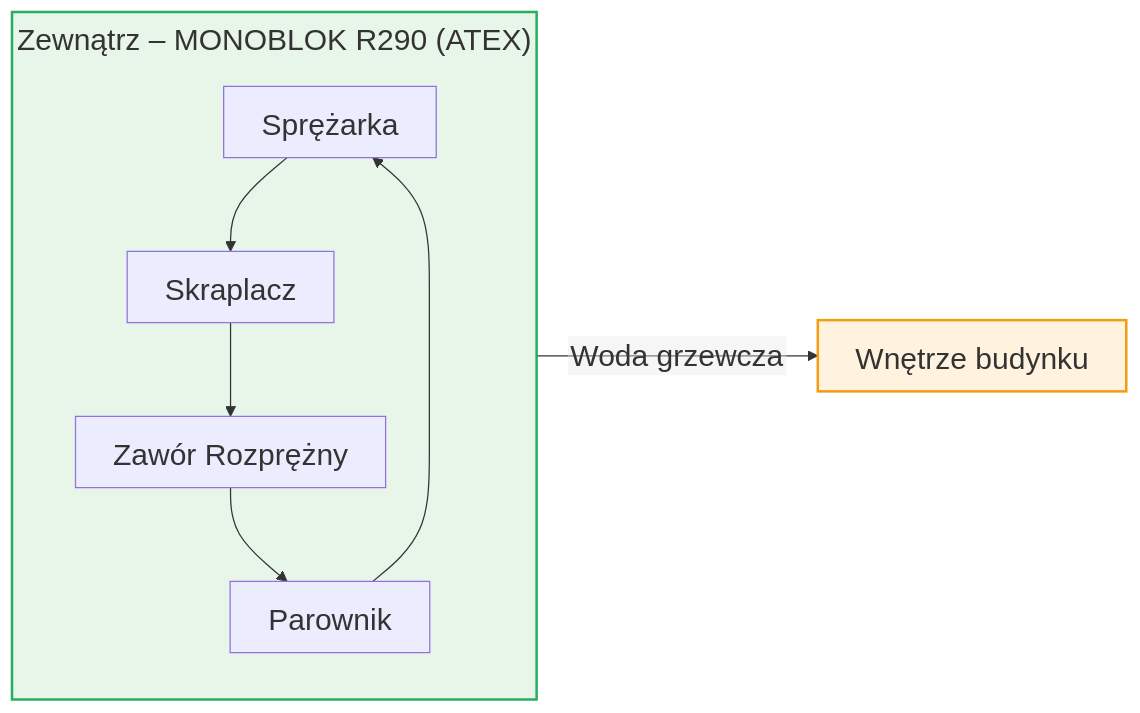
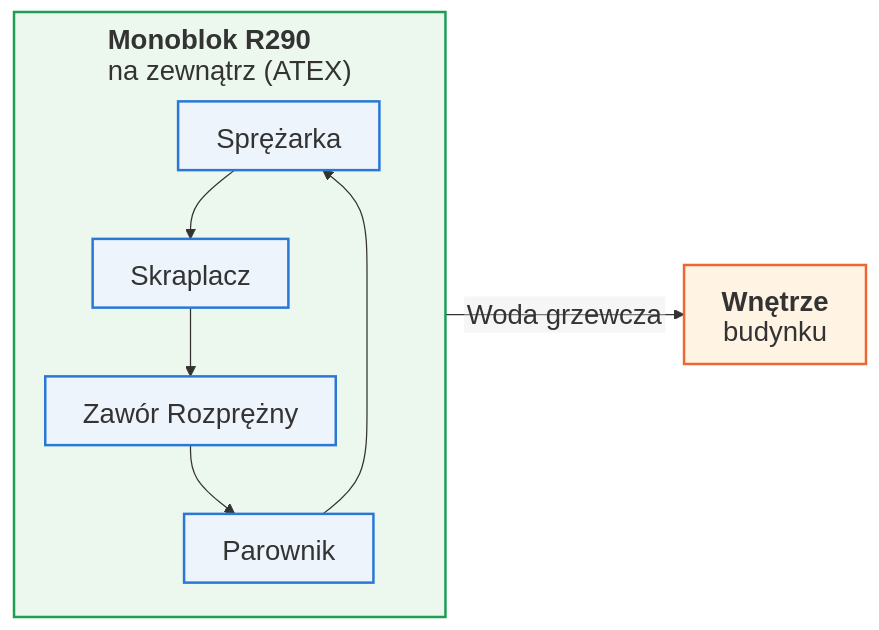
The second of 4 diagrams in Wyklady/11_Chlodnictwo.qmd (moondec/Termodynamika), drawn with Mermaid before and after one commit. The commit also changed other lines of this file and 229 other files, not shown here.

````diff
--- a/Wyklady/11_Chlodnictwo.qmd
+++ b/Wyklady/11_Chlodnictwo.qmd
@@ -608,14 +585,20 @@
 ```{mermaid}
-%%{init: {'theme': 'default', 'themeVariables': {'fontSize': '24px', 'fontFamily': 'Arial, Helvetica, sans-serif'}, 'htmlLabels': false, 'flowchart': {'htmlLabels': false, 'wrappingWidth': 400, 'subGraphTitleMargin': {'top': 6, 'bottom': 16}}}}%%
+%%{init: {'theme': 'default', 'themeVariables': {'fontSize': '22px', 'fontFamily': 'Arial, Helvetica, sans-serif'}, 'htmlLabels': false, 'flowchart': {'htmlLabels': false, 'wrappingWidth': 400, 'nodeSpacing': 30, 'rankSpacing': 30, 'subGraphTitleMargin': {'top': 8, 'bottom': 36}}}}%%
 flowchart LR
-    subgraph OUT["Zewnątrz – MONOBLOK R290 (ATEX)"]
+    subgraph OUT["`**Monoblok R290**
+na zewnątrz (ATEX)`"]
         direction TB
         SP["Sprężarka"] --> SK["Skraplacz"]
         SK --> ZR["Zawór Rozprężny"]
         ZR --> PA["Parownik"]
         PA --> SP
     end
-    OUT -- "Woda grzewcza" --> IN["Wnętrze budynku"]
-    style OUT fill:#e8f5e9,stroke:#27ae60,stroke-width:2px
-    style IN fill:#fff3e0,stroke:#f39c12,stroke-width:2px
+    OUT -- "Woda grzewcza" --> IN["`**Wnętrze**
+budynku`"]
+    style OUT fill:#ecf7ee,stroke:#1f9d55,stroke-width:2px
+    style IN fill:#fff4e3,stroke:#eb6834,stroke-width:2px
+    style SP fill:#eef4fb,stroke:#2a78d6,stroke-width:2px
+    style SK fill:#eef4fb,stroke:#2a78d6,stroke-width:2px
+    style ZR fill:#eef4fb,stroke:#2a78d6,stroke-width:2px
+    style PA fill:#eef4fb,stroke:#2a78d6,stroke-width:2px
 ```
````
